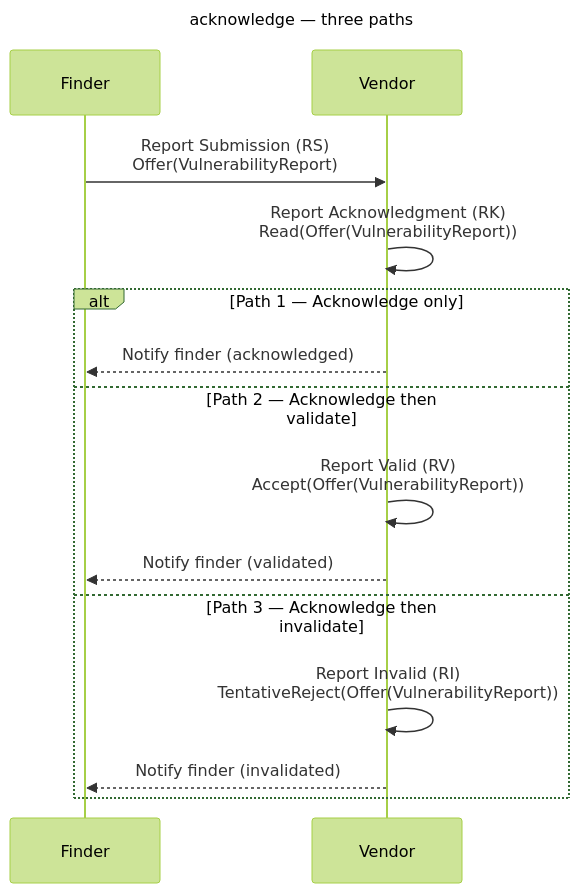
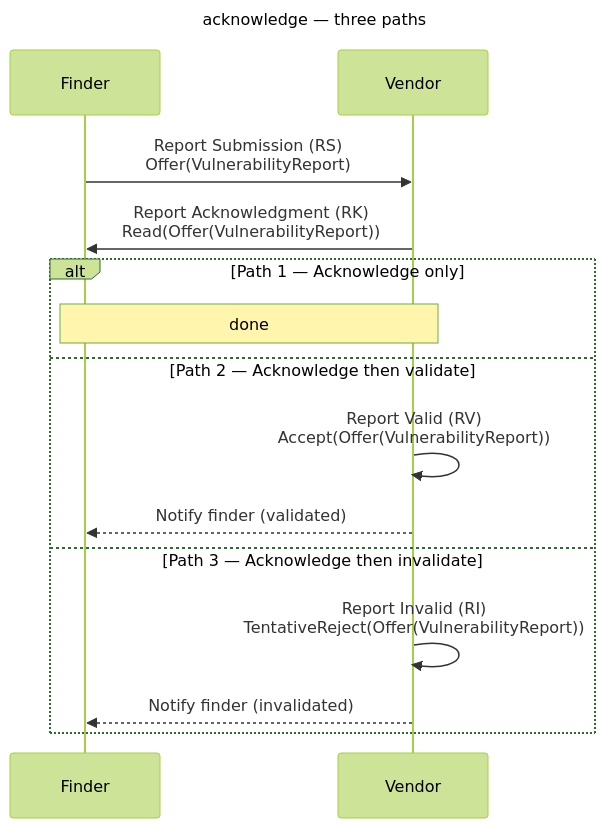
The eighth of 9 diagrams in docs/tutorials/other_demos.md (CERTCC/Vultron), drawn with Mermaid (forest theme) before and after one commit. The commit also changed other lines of this file and 42 other files, not shown here.

First line of the commit message:
feat(report): RK goes from the Offer's addressee to the reporter, never the CASE_MANAGER (#4325)

````diff
--- a/docs/tutorials/other_demos.md
+++ b/docs/tutorials/other_demos.md
@@ -352,20 +354,20 @@
 ```mermaid
 ---
 title: acknowledge — three paths
 ---
 sequenceDiagram
     participant F as Finder
     participant V as Vendor
 
     F->>V: Report Submission (RS)<br/>Offer(VulnerabilityReport)
-    V->>V: Report Acknowledgment (RK)<br/>Read(Offer(VulnerabilityReport))
+    V->>F: Report Acknowledgment (RK)<br/>Read(Offer(VulnerabilityReport))
     alt Path 1 — Acknowledge only
-        V-->>F: Notify finder (acknowledged)
+        Note over F,V: done
     else Path 2 — Acknowledge then validate
         V->>V: Report Valid (RV)<br/>Accept(Offer(VulnerabilityReport))
         V-->>F: Notify finder (validated)
     else Path 3 — Acknowledge then invalidate
         V->>V: Report Invalid (RI)<br/>TentativeReject(Offer(VulnerabilityReport))
         V-->>F: Notify finder (invalidated)
     end
 ```
````
